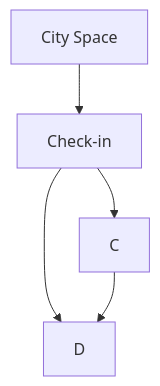
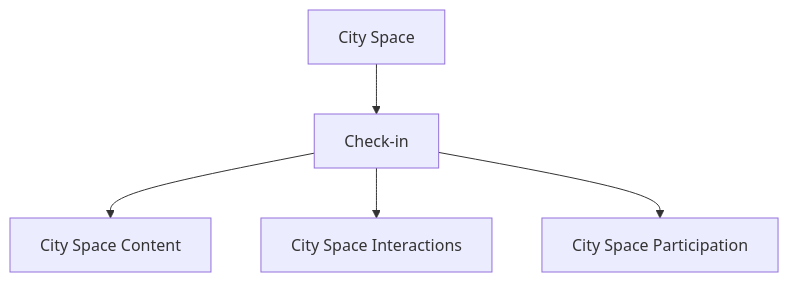
One commit to cityos-work/cityos-dev changed the diagram in pages/elements/city-spaces.md. Above: the diagram before and after it, drawn with Mermaid. The commit also changed 1 other file, not shown here.

````diff
--- a/pages/elements/city-spaces.md
+++ b/pages/elements/city-spaces.md
@@ -14,7 +14,7 @@
 ```mermaid
 graph TD;
     A["City Space"]-->B["Check-in"];
-    B-->C;
-    B-->D;
-    C-->D;
+    B-->C["City Space Content"];
+    B-->D["City Space Interactions"];
+    B-->E["City Space Participation"];
 ```
````
